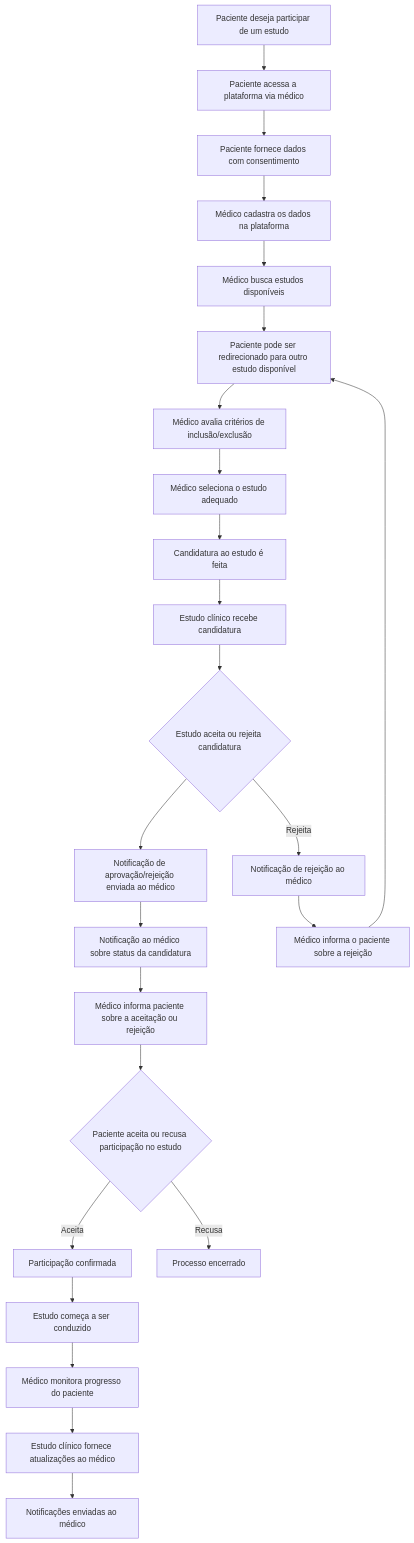
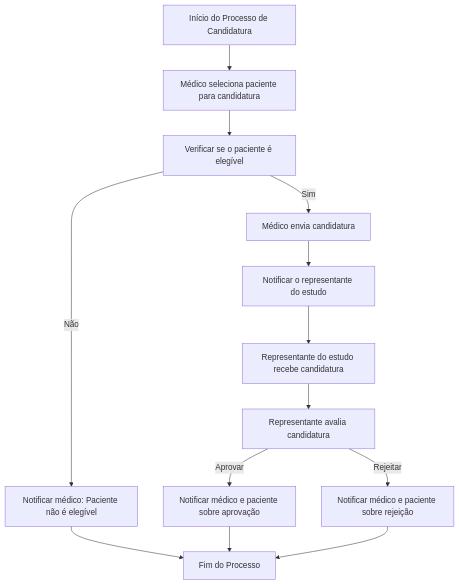
One commit to andrefilipe1310/inovamed- changed the second of 15 diagrams in README.md. Above: the diagram before and after it, drawn with Mermaid. The commit also changed other lines of this file, not shown here.

````diff
--- a/README.md
+++ b/README.md
@@ -64,34 +70,16 @@
 ```mermaid
 flowchart TD
-    A[Paciente deseja participar de um estudo] --> B[Paciente acessa a plataforma via médico]
-    B --> C[Paciente fornece dados com consentimento]
-    C --> D[Médico cadastra os dados na plataforma]
-    D --> E[Médico busca estudos disponíveis]
-    E --> F[Estudos filtrados com base nos dados do paciente]
-    F --> G[Médico avalia critérios de inclusão/exclusão]
-    G --> H[Médico seleciona o estudo adequado]
-    H --> I[Candidatura ao estudo é feita]
-    I --> J[Estudo clínico recebe candidatura]
+    A[Início do Processo de Candidatura] --> B[Médico seleciona paciente para candidatura]
+    B --> C[Verificar se o paciente é elegível]
+    C --> |Sim| D[Médico envia candidatura]
+    D --> E[Notificar o representante do estudo]
+    E --> F[Representante do estudo recebe candidatura]
+    F --> G[Representante avalia candidatura]
+    G --> |Aprovar| H[Notificar médico e paciente sobre aprovação]
+    G --> |Rejeitar| I[Notificar médico e paciente sobre rejeição]
+    C --> |Não| J[Notificar médico: Paciente não é elegível]
+    J --> K[Fim do Processo]
+    H --> K
+    I --> K
 
-    J --> K{Estudo aceita ou rejeita candidatura}
-    K --> L[Notificação de aprovação/rejeição enviada ao médico]
-    L --> M[Notificação ao médico sobre status da candidatura]
-
-    M --> N[Médico informa paciente sobre a aceitação ou rejeição]
-    N --> O{Paciente aceita ou recusa participação no estudo}
-    O --> |Aceita| P[Participação confirmada]
-    O --> |Recusa| Q[Processo encerrado]
-
-    %% Feedback loop quando um estudo é aprovado
-    P --> R[Estudo começa a ser conduzido]
-    R --> S[Médico monitora progresso do paciente]
-    S --> T[Estudo clínico fornece atualizações ao médico]
-    T --> U[Notificações enviadas ao médico]
-
-    %% Caso o estudo seja rejeitado
-    K --> |Rejeita| V[Notificação de rejeição ao médico]
-    V --> W[Médico informa o paciente sobre a rejeição]
-
-    %% Alternativa se o paciente quiser se candidatar a outro estudo
-    W --> F[Paciente pode ser redirecionado para outro estudo disponível]
 ```
````
